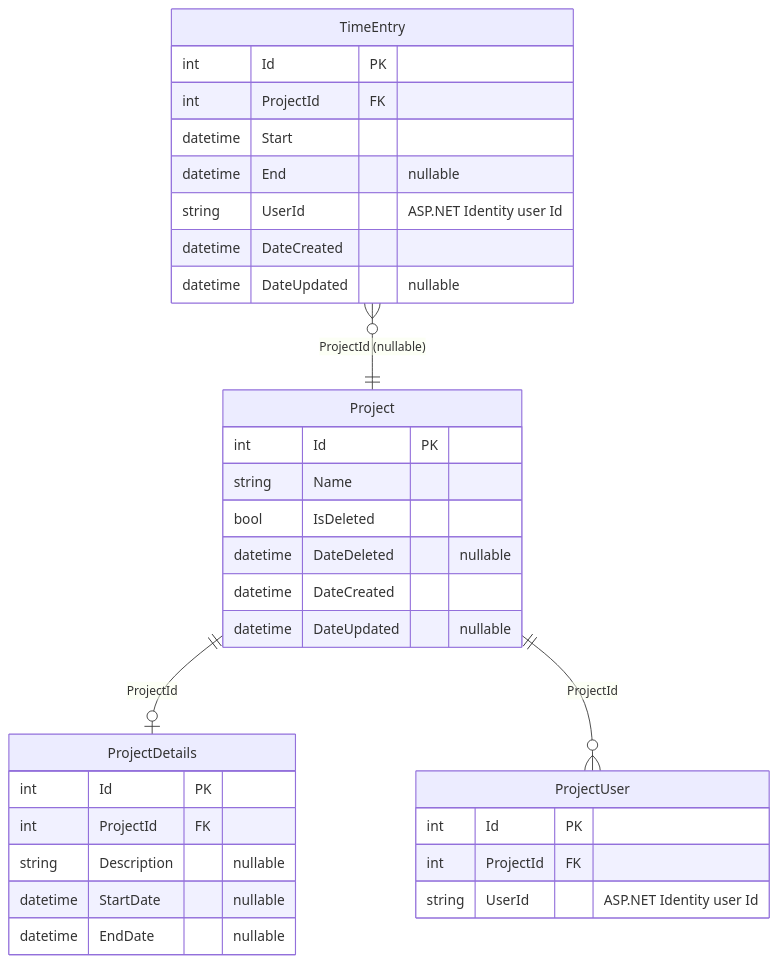
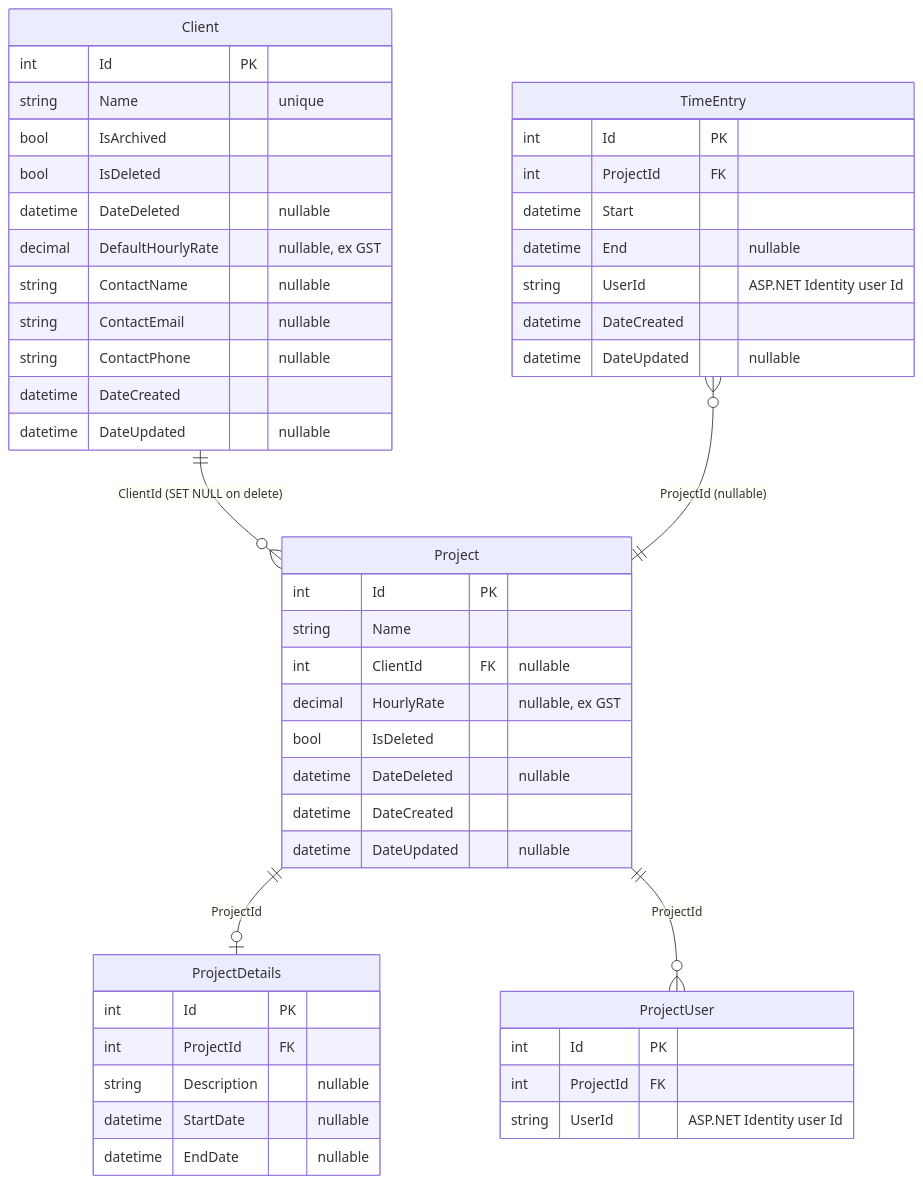
The first of 2 diagrams in docs/architecture.md (zkarachiwala/TimeTracker), drawn with Mermaid before and after one commit. The commit also changed other lines of this file and 22 other files, not shown here.

First line of the commit message:
feat: add client management with hourly rate on projects (Phase 5)

````diff
--- a/docs/architecture.md
+++ b/docs/architecture.md
@@ -101,36 +105,52 @@
 ```mermaid
 erDiagram
+    Client {
+        int Id PK
+        string Name "unique"
+        bool IsArchived
+        bool IsDeleted
+        datetime DateDeleted "nullable"
+        decimal DefaultHourlyRate "nullable, ex GST"
+        string ContactName "nullable"
+        string ContactEmail "nullable"
+        string ContactPhone "nullable"
+        datetime DateCreated
+        datetime DateUpdated "nullable"
+    }
     TimeEntry {
         int Id PK
         int ProjectId FK
         datetime Start
         datetime End "nullable"
         string UserId "ASP.NET Identity user Id"
         datetime DateCreated
         datetime DateUpdated "nullable"
     }
     Project {
         int Id PK
         string Name
+        int ClientId FK "nullable"
+        decimal HourlyRate "nullable, ex GST"
         bool IsDeleted
         datetime DateDeleted "nullable"
         datetime DateCreated
         datetime DateUpdated "nullable"
     }
     ProjectDetails {
         int Id PK
         int ProjectId FK
         string Description "nullable"
         datetime StartDate "nullable"
         datetime EndDate "nullable"
     }
     ProjectUser {
         int Id PK
         int ProjectId FK
         string UserId "ASP.NET Identity user Id"
     }
 
+    Client ||--o{ Project : "ClientId (SET NULL on delete)"
     TimeEntry }o--|| Project : "ProjectId (nullable)"
     Project ||--o| ProjectDetails : "ProjectId"
     Project ||--o{ ProjectUser : "ProjectId"
 ```
````
